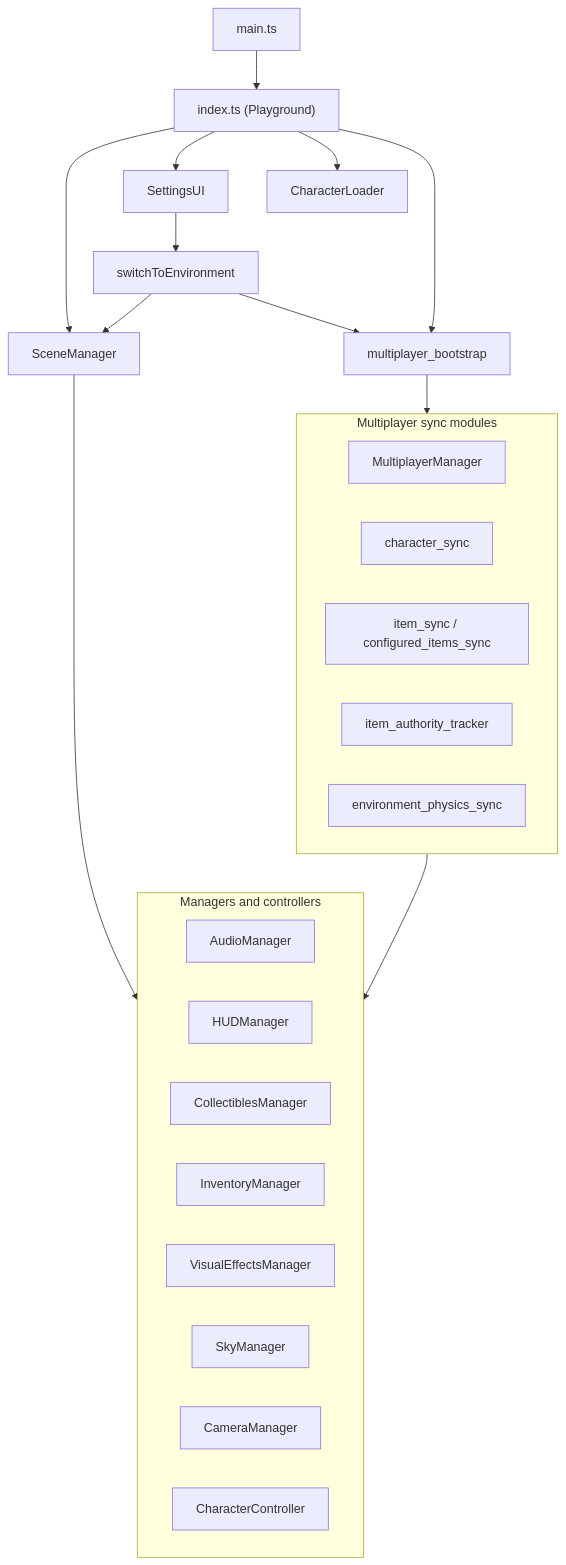
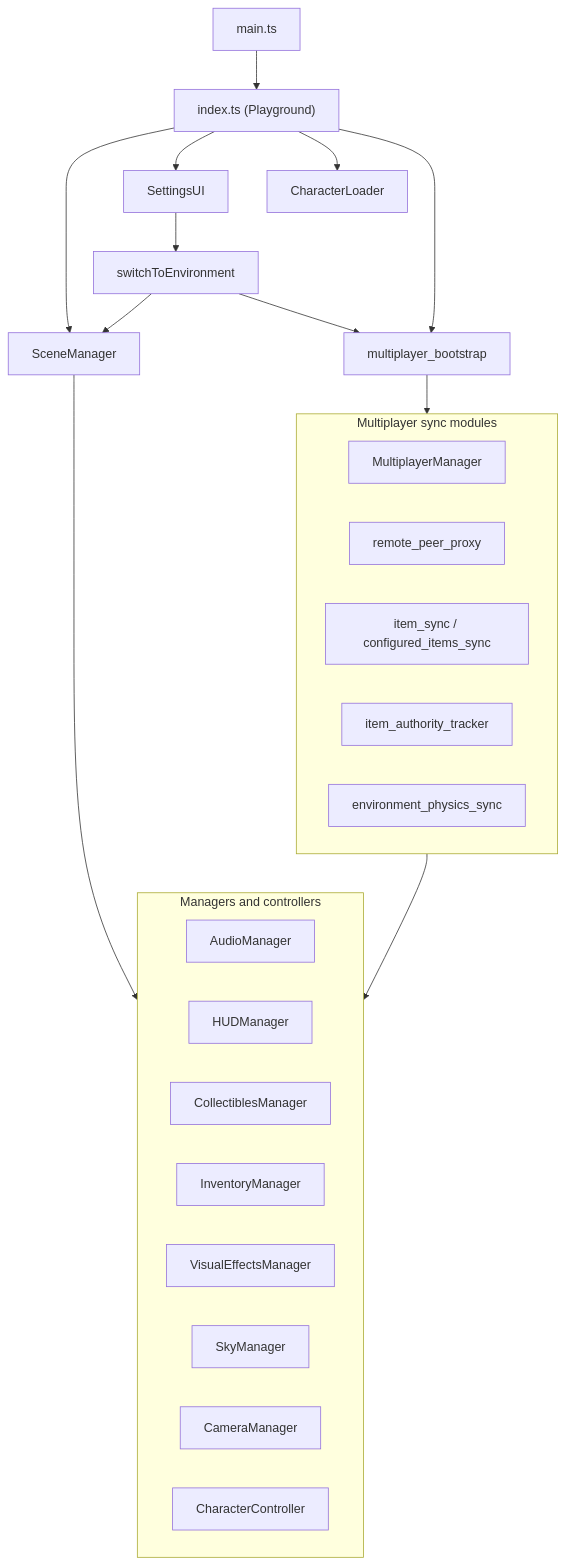
Before and after one commit to obrwn/babylon-game-starter: the diagram in README.md, drawn with Mermaid. The commit also changed 37 other files, not shown here.

````diff
--- a/README.md
+++ b/README.md
@@ -137,36 +137,36 @@
 ```mermaid
 flowchart TD
   viteMain["main.ts"] --> playgroundClass["index.ts (Playground)"]
   playgroundClass --> sceneMgr["SceneManager"]
   playgroundClass --> settingsUI["SettingsUI"]
   playgroundClass --> charLoad["CharacterLoader"]
   playgroundClass --> mpBoot["multiplayer_bootstrap"]
 
   subgraph Managers [Managers and controllers]
     direction LR
     audio["AudioManager"]
     hud["HUDManager"]
     coll["CollectiblesManager"]
     inv["InventoryManager"]
     vfx["VisualEffectsManager"]
     sky["SkyManager"]
     cam["CameraManager"]
     charCtl["CharacterController"]
   end
 
   subgraph Sync [Multiplayer sync modules]
     direction LR
     mpMgr["MultiplayerManager"]
-    charSync["character_sync"]
+    peerProxy["remote_peer_proxy"]
     itemSync["item_sync / configured_items_sync"]
     auth["item_authority_tracker"]
     env["environment_physics_sync"]
   end
 
   sceneMgr --> Managers
   settingsUI --> switchEnv["switchToEnvironment"]
   switchEnv --> sceneMgr
   switchEnv --> mpBoot
   mpBoot --> Sync
   Sync --> Managers
 ```
````
